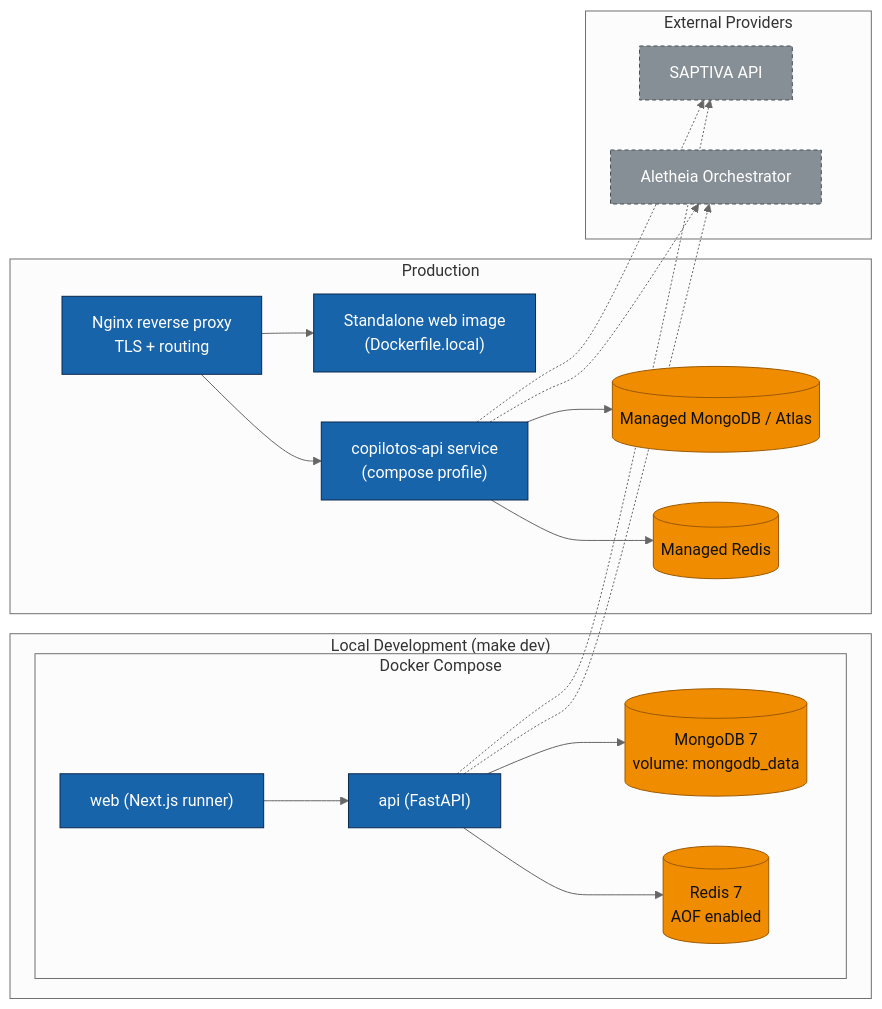
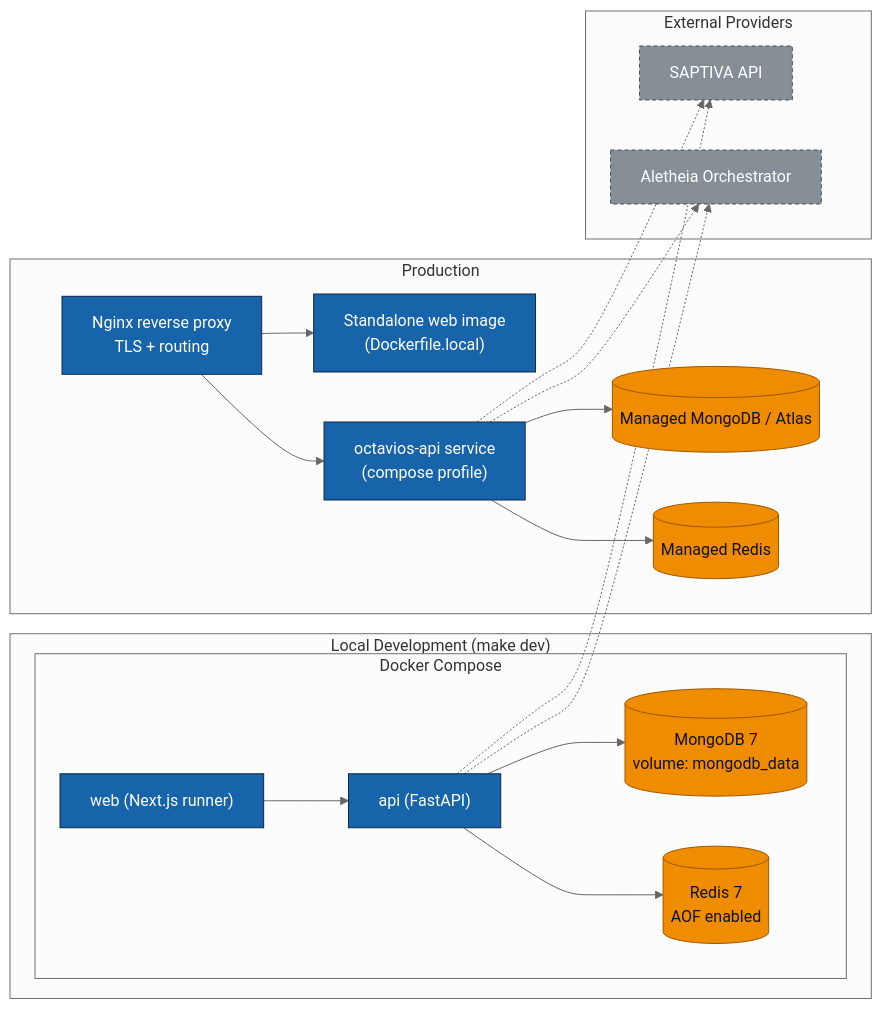
One commit to saptiva-ai/octavios-chat changed the tenth of 10 diagrams in README.md. Above: the diagram before and after it, drawn with Mermaid. The commit also changed other lines of this file and 75 other files, not shown here.

First line of the commit message:
feat: migración completa de copilotos a octavios

````diff
--- a/README.md
+++ b/README.md
@@ -1392,45 +1392,45 @@
 ```mermaid
 %%{init: {'theme':'neutral','flowchart':{'curve':'basis'}}}%%
 flowchart LR
   subgraph Dev["Local Development (make dev)"]
     subgraph Compose["Docker Compose"]
       WebDev["web (Next.js runner)"]
       ApiDev["api (FastAPI)"]
       MongoDev[("MongoDB 7\nvolume: mongodb_data")]
       RedisDev[("Redis 7\nAOF enabled")]
     end
     WebDev --> ApiDev
     ApiDev --> MongoDev
     ApiDev --> RedisDev
   end
 
   subgraph Prod["Production"]
     Nginx["Nginx reverse proxy\nTLS + routing"]
     WebProd["Standalone web image\n(Dockerfile.local)"]
-    ApiProd["copilotos-api service\n(compose profile)"]
+    ApiProd["octavios-api service\n(compose profile)"]
     MongoProd[("Managed MongoDB / Atlas")]
     RedisProd[("Managed Redis")]
   end
 
   Nginx --> WebProd
   Nginx --> ApiProd
   ApiProd --> MongoProd
   ApiProd --> RedisProd
 
   subgraph External["External Providers"]
     SaptivaExt["SAPTIVA API"]
     AletheiaExt["Aletheia Orchestrator"]
   end
 
   ApiDev -.-> SaptivaExt
   ApiDev -.-> AletheiaExt
   ApiProd -.-> SaptivaExt
   ApiProd -.-> AletheiaExt
 
   classDef infra fill:#1864ab,stroke:#0b284f,color:#ffffff;
   classDef data fill:#f08c00,stroke:#9c5900,color:#111111;
   classDef external fill:#868e96,stroke:#495057,color:#ffffff,stroke-dasharray: 4 3;
   class WebDev,ApiDev,WebProd,ApiProd,Nginx infra;
   class MongoDev,RedisDev,MongoProd,RedisProd data;
   class SaptivaExt,AletheiaExt external;
 ```
````
